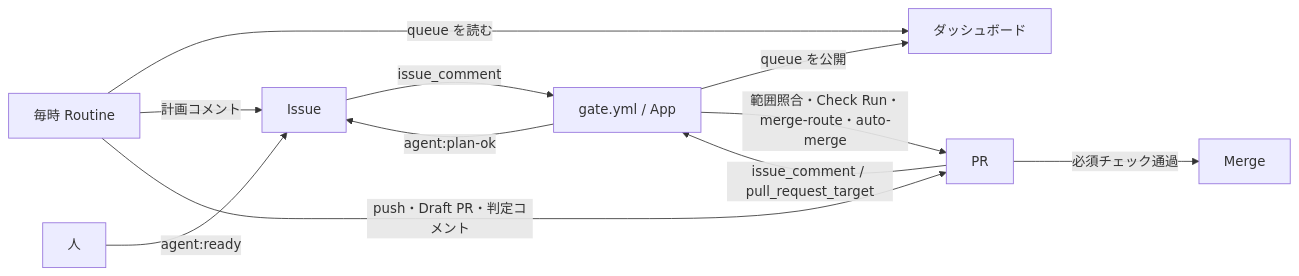
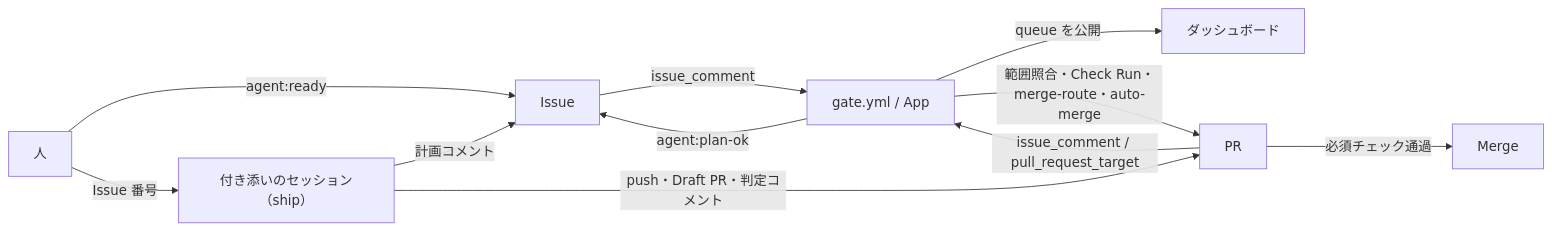
Before and after one commit to namu112358/gen-ai-development-kit: the diagram in README.md, drawn with Mermaid. The commit also changed other lines of this file and 6 other files, not shown here.

````diff
--- a/README.md
+++ b/README.md
@@ -5,13 +5,13 @@
 ```mermaid
 flowchart LR
   H[人] -->|agent:ready| I[Issue]
+  H -->|Issue 番号| S[付き添いのセッション（ship）]
   G[gate.yml / App] -->|queue を公開| D[ダッシュボード]
-  R[毎時 Routine] -->|queue を読む| D
-  R -->|計画コメント| I
+  S -->|計画コメント| I
   I -->|issue_comment| G
   G -->|agent:plan-ok| I
-  R -->|push・Draft PR・判定コメント| P[PR]
+  S -->|push・Draft PR・判定コメント| P[PR]
   P -->|issue_comment / pull_request_target| G
   G -->|範囲照合・Check Run・merge-route・auto-merge| P
   P -->|必須チェック通過| M[Merge]
 ```
````
